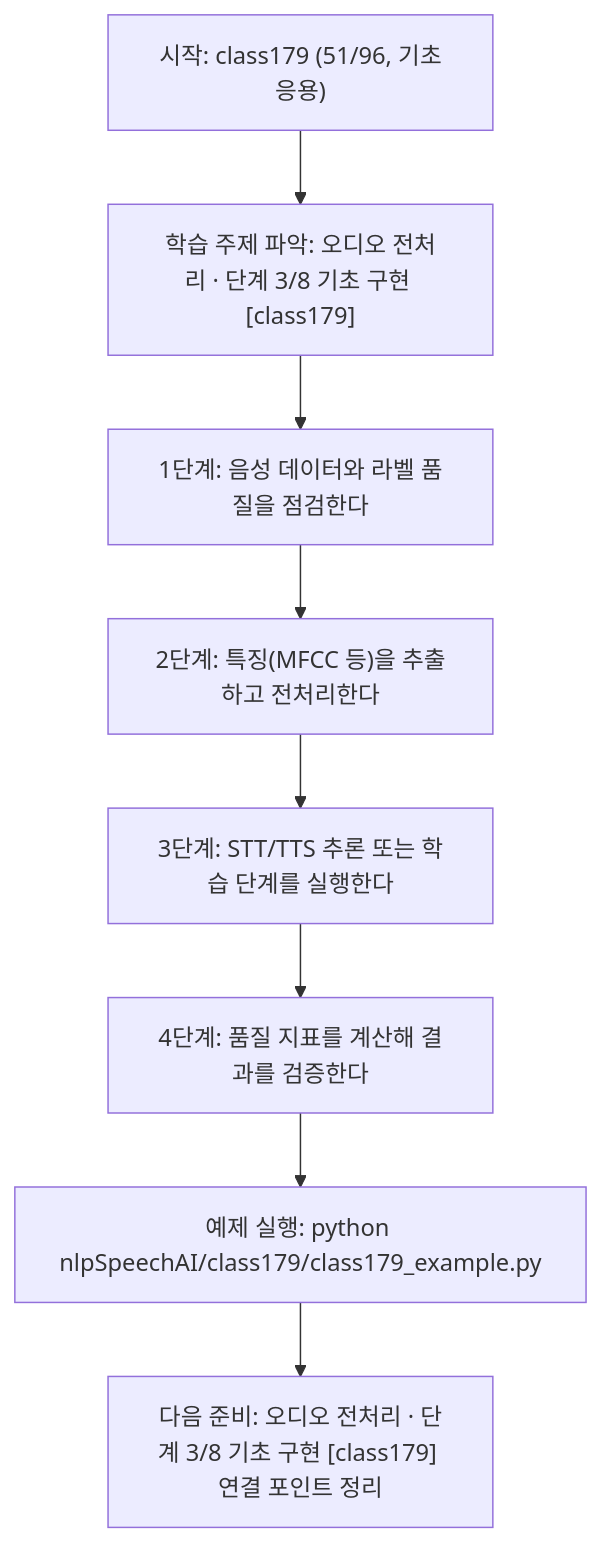
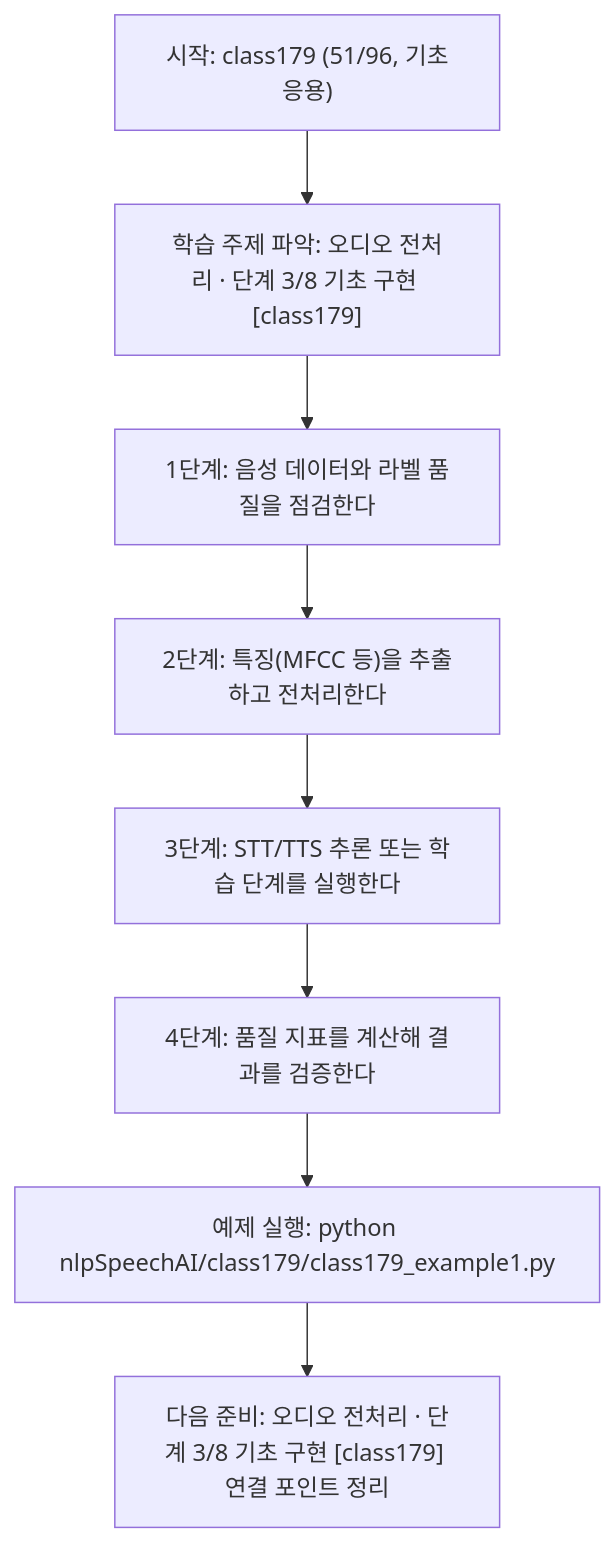
Before and after one commit to edumgt/Python-AI_Agent-Class: the diagram in nlpSpeechAI/class179/class179.md, drawn with Mermaid. The commit also changed other lines of this file and 2959 other files, not shown here.

````diff
--- a/nlpSpeechAI/class179/class179.md
+++ b/nlpSpeechAI/class179/class179.md
@@ -113,18 +113,18 @@
 ```mermaid
 flowchart TD
 N1["시작: class179 (51/96, 기초응용)"]
 N2["학습 주제 파악: 오디오 전처리 · 단계 3/8 기초 구현 [class179]"]
 N3["1단계: 음성 데이터와 라벨 품질을 점검한다"]
 N4["2단계: 특징(MFCC 등)을 추출하고 전처리한다"]
 N5["3단계: STT/TTS 추론 또는 학습 단계를 실행한다"]
 N6["4단계: 품질 지표를 계산해 결과를 검증한다"]
-N7["예제 실행: python nlpSpeechAI/class179/class179_example.py"]
+N7["예제 실행: python nlpSpeechAI/class179/class179_example1.py"]
 N8["다음 준비: 오디오 전처리 · 단계 3/8 기초 구현 [class179] 연결 포인트 정리"]
 N1 --> N2
 N2 --> N3
 N3 --> N4
 N4 --> N5
 N5 --> N6
 N6 --> N7
 N7 --> N8
 ```
````
